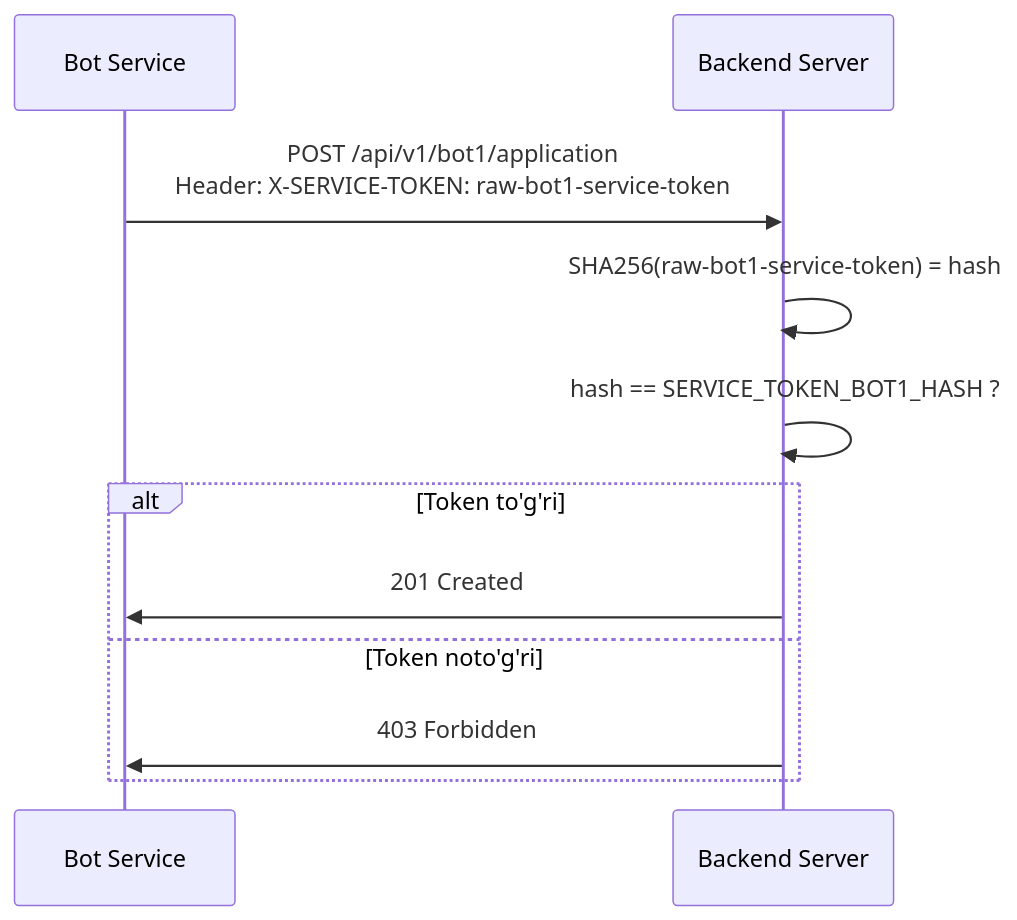
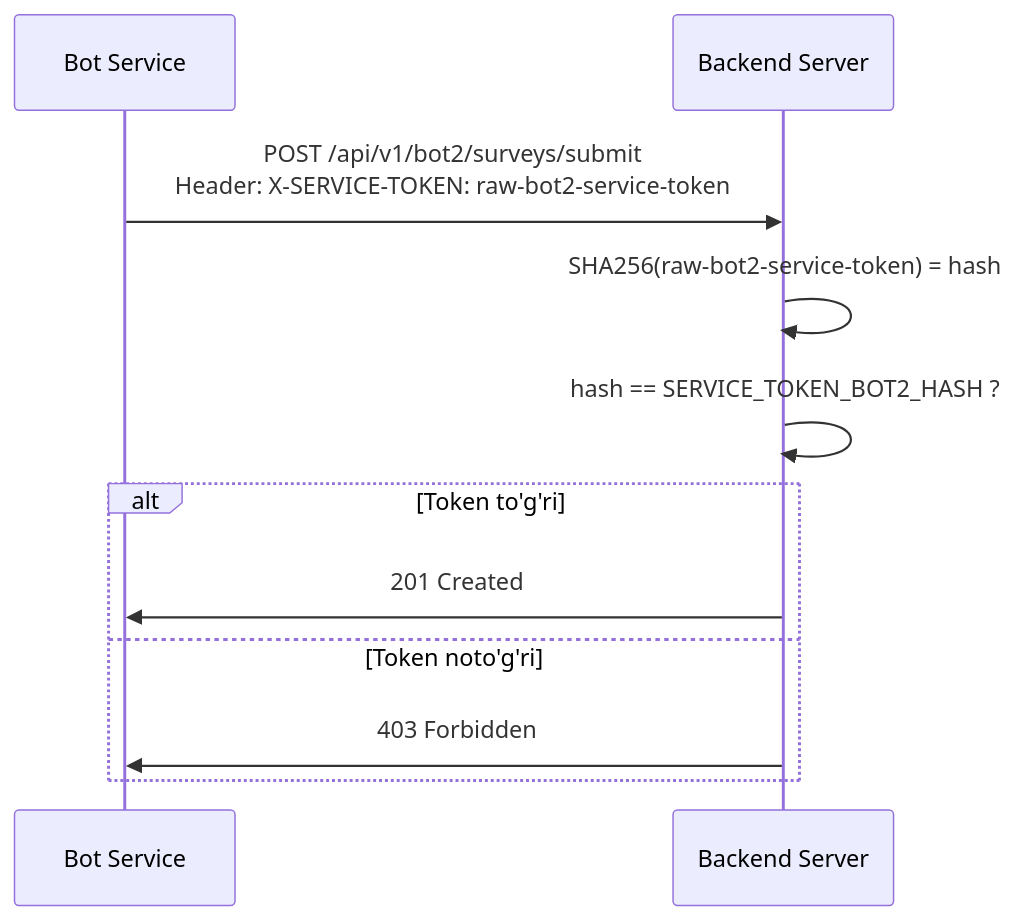
Before and after one commit to humoyun-dev/ttpu_crm: the diagram in SERVICE_TOKEN_QOLLANMA.md, drawn with Mermaid. The commit also changed other lines of this file and 23 other files, not shown here.

````diff
--- a/SERVICE_TOKEN_QOLLANMA.md
+++ b/SERVICE_TOKEN_QOLLANMA.md
@@ -33,14 +31,14 @@
 ```mermaid
 sequenceDiagram
     participant Bot as Bot Service
     participant Server as Backend Server
 
-    Bot->>Server: POST /api/v1/bot1/application<br/>Header: X-SERVICE-TOKEN: raw-bot1-service-token
-    Server->>Server: SHA256(raw-bot1-service-token) = hash
-    Server->>Server: hash == SERVICE_TOKEN_BOT1_HASH ?
+    Bot->>Server: POST /api/v1/bot2/surveys/submit<br/>Header: X-SERVICE-TOKEN: raw-bot2-service-token
+    Server->>Server: SHA256(raw-bot2-service-token) = hash
+    Server->>Server: hash == SERVICE_TOKEN_BOT2_HASH ?
     alt Token to'g'ri
         Server->>Bot: 201 Created
     else Token noto'g'ri
         Server->>Bot: 403 Forbidden
     end
 ```
````
